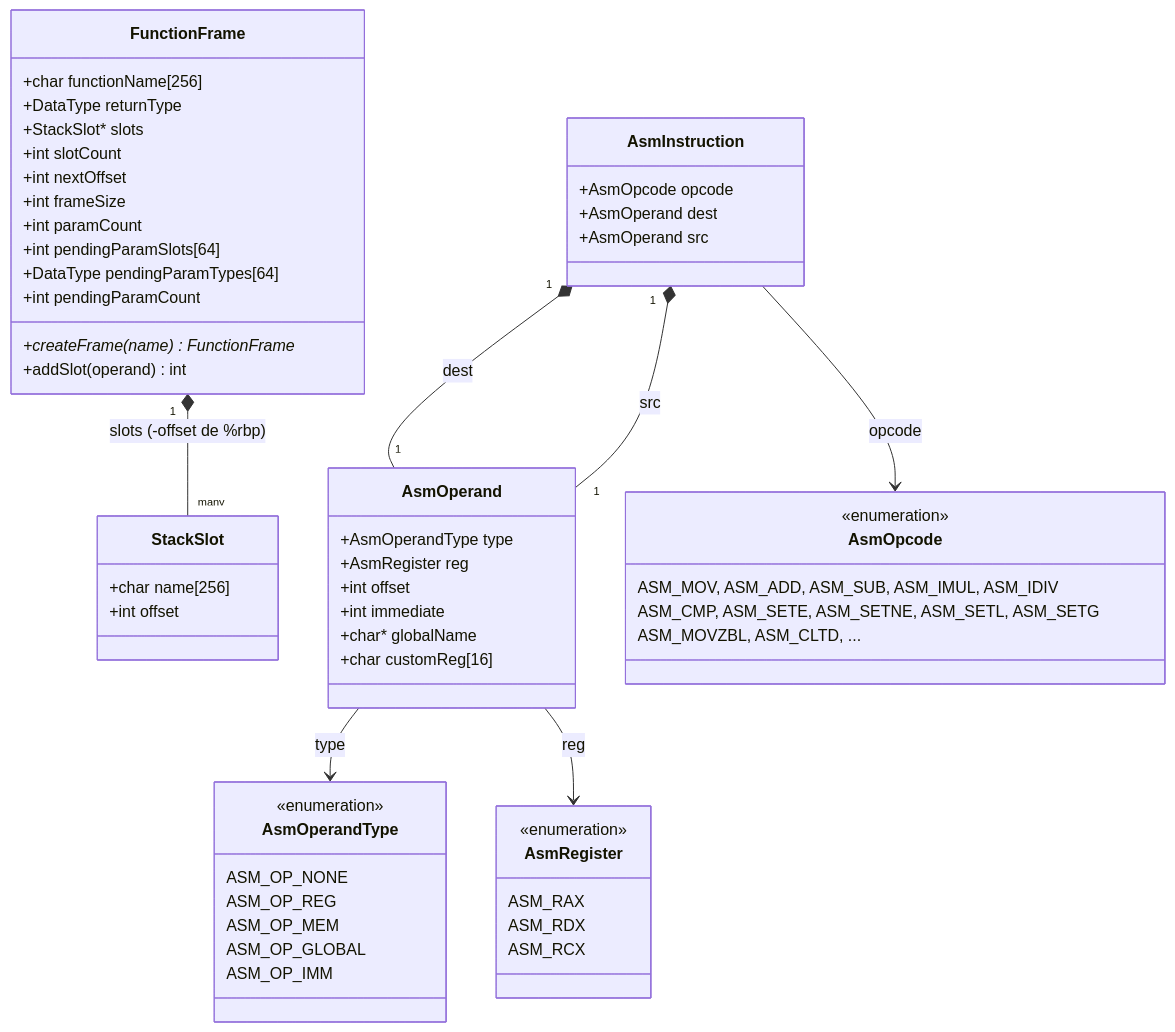
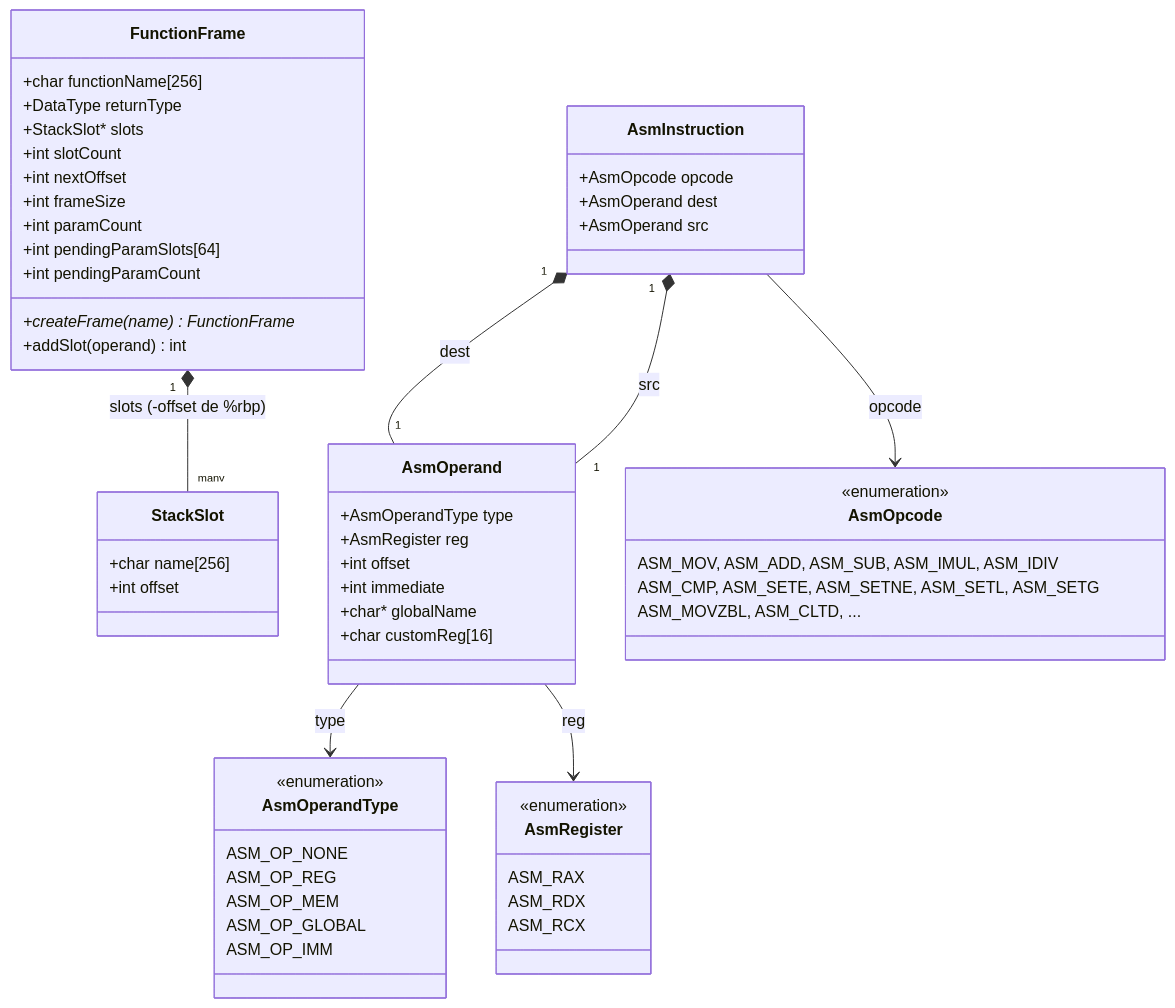
One commit to julivarea/compiler changed the sixth of 6 diagrams in documentacion/wiki/01-overview.md. Above: the diagram before and after it, drawn with Mermaid. The commit also changed other lines of this file and 4 other files, not shown here.

````diff
--- a/documentacion/wiki/01-overview.md
+++ b/documentacion/wiki/01-overview.md
@@ -523,69 +522,68 @@
     ```mermaid
     classDiagram
         direction TB
 
         class FunctionFrame {
             +char functionName[256]
             +DataType returnType
             +StackSlot* slots
             +int slotCount
             +int nextOffset
             +int frameSize
             +int paramCount
             +int pendingParamSlots[64]
-            +DataType pendingParamTypes[64]
             +int pendingParamCount
             +createFrame(name) FunctionFrame*
             +addSlot(operand) int
         }
 
         class StackSlot {
             +char name[256]
             +int offset
         }
 
         class AsmInstruction {
             +AsmOpcode opcode
             +AsmOperand dest
             +AsmOperand src
         }
 
         class AsmOperand {
             +AsmOperandType type
             +AsmRegister reg
             +int offset
             +int immediate
             +char* globalName
             +char customReg[16]
         }
 
         class AsmOpcode {
             <<enumeration>>
             ASM_MOV, ASM_ADD, ASM_SUB, ASM_IMUL, ASM_IDIV
             ASM_CMP, ASM_SETE, ASM_SETNE, ASM_SETL, ASM_SETG
             ASM_MOVZBL, ASM_CLTD, ...
         }
 
         class AsmOperandType {
             <<enumeration>>
             ASM_OP_NONE
             ASM_OP_REG
             ASM_OP_MEM
             ASM_OP_GLOBAL
             ASM_OP_IMM
         }
 
         class AsmRegister {
             <<enumeration>>
             ASM_RAX
             ASM_RDX
             ASM_RCX
         }
 
         FunctionFrame "1" *-- "many" StackSlot : slots (-offset de %rbp)
         AsmInstruction --> AsmOpcode : opcode
         AsmInstruction "1" *-- "1" AsmOperand : dest
         AsmInstruction "1" *-- "1" AsmOperand : src
         AsmOperand --> AsmOperandType : type
         AsmOperand --> AsmRegister : reg
     ```
````
